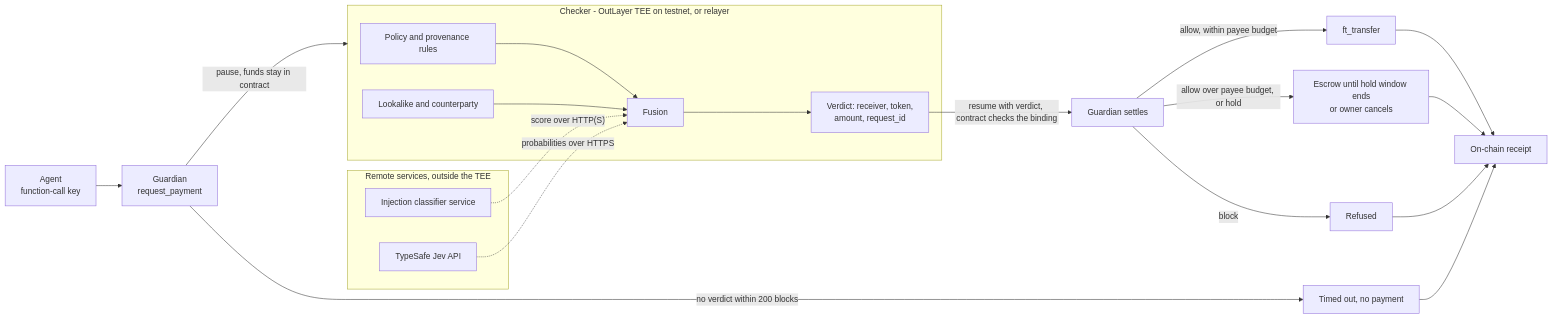
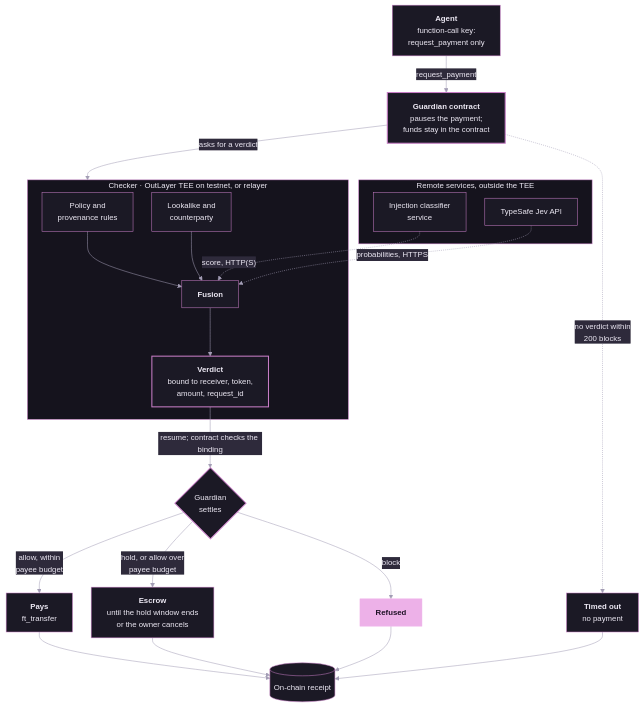
Before and after one commit to Jimuelle07/backlogs-near: the diagram in README.md, drawn with Mermaid. The commit also changed other lines of this file and 11 other files, not shown here.

Commit message:
README: readable How it works diagram (top-down, high-contrast in both themes)

````diff
--- a/README.md
+++ b/README.md
@@ -76,29 +76,36 @@
 ```mermaid
-flowchart LR
-  A[Agent<br/>function-call key] --> G[Guardian<br/>request_payment]
-  G -->|pause, funds stay in contract| C
-  subgraph C[Checker - OutLayer TEE on testnet, or relayer]
-    R[Policy and provenance rules]
-    LK[Lookalike and counterparty]
-    F[Fusion]
-    V[Verdict: receiver, token,<br/>amount, request_id]
-    R --> F
-    LK --> F
-    F --> V
+%%{init: {"theme": "base", "flowchart": {"curve": "basis", "nodeSpacing": 36, "rankSpacing": 48}, "themeVariables": {"fontSize": "15px", "primaryColor": "#1b1925", "primaryTextColor": "#eeeaf5", "primaryBorderColor": "#c77dc6", "textColor": "#eeeaf5", "lineColor": "#a39db5", "edgeLabelBackground": "#2e2a3b", "clusterBkg": "#15131d", "clusterBorder": "#c77dc6", "titleColor": "#eeeaf5"}}}%%
+flowchart TD
+  A["<b>Agent</b><br/>function-call key:<br/>request_payment only"] -->|request_payment| G["<b>Guardian contract</b><br/>pauses the payment;<br/>funds stay in the contract"]
+  G -->|asks for a verdict| C
+
+  subgraph C["Checker · OutLayer TEE on testnet, or relayer"]
+    R["Policy and<br/>provenance rules"] --> F["<b>Fusion</b>"]
+    LK["Lookalike and<br/>counterparty"] --> F
+    F --> V["<b>Verdict</b><br/>bound to receiver, token,<br/>amount, request_id"]
   end
-  subgraph RS[Remote services, outside the TEE]
-    IC[Injection classifier service]
-    JV[TypeSafe Jev API]
+
+  subgraph RS["Remote services, outside the TEE"]
+    IC["Injection classifier<br/>service"]
+    JV["TypeSafe Jev API"]
   end
-  IC -.->|"score over HTTP(S)"| F
-  JV -.->|probabilities over HTTPS| F
-  V -->|resume with verdict, contract checks the binding| GS[Guardian settles]
-  GS -->|allow, within payee budget| P[ft_transfer]
-  GS -->|allow over payee budget, or hold| E[Escrow until hold window ends<br/>or owner cancels]
-  GS -->|block| X[Refused]
-  G -->|no verdict within 200 blocks| T[Timed out, no payment]
-  P --> RC[On-chain receipt]
+  G ~~~ RS
+  IC -.->|"score, HTTP(S)"| F
+  JV -.->|probabilities, HTTPS| F
+
+  V -->|resume; contract checks the binding| S{"Guardian<br/>settles"}
+  S -->|allow, within<br/>payee budget| P["<b>Pays</b><br/>ft_transfer"]
+  S -->|hold, or allow over<br/>payee budget| E["<b>Escrow</b><br/>until the hold window ends<br/>or the owner cancels"]
+  S -->|block| X["<b>Refused</b>"]
+  S ~~~ T
+  G -.->|no verdict within<br/>200 blocks| T["<b>Timed out</b><br/>no payment"]
+  P --> RC[("On-chain receipt")]
   E --> RC
   X --> RC
   T --> RC
+
+  classDef refused fill:#edb1e8,stroke:#edb1e8,color:#1f1226
+  classDef key stroke-width:2px
+  class X refused
+  class G,S,V key
 ```
````
